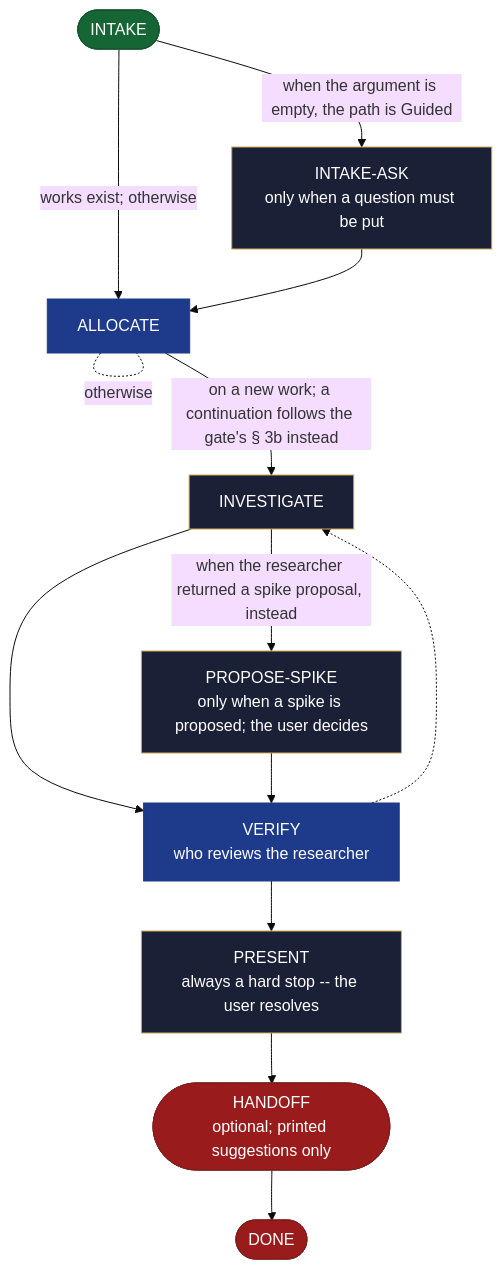
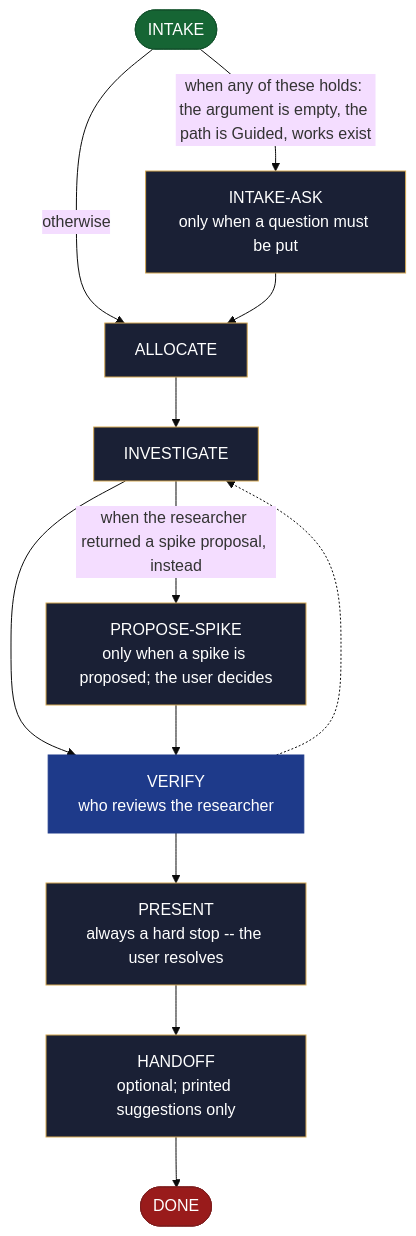
The diagram in site/src/content/docs/skills/aid-research.md (AndreVianna/aid-methodology), drawn with Mermaid (base theme) before and after one commit. The commit also changed other lines of this file and 195 other files, not shown here.

First line of the commit message:
delivery-002 review fix (cycle 1): sub-step pointers are notes, not advance lines; orchestrate under its line cap, question rule cited not restated; residual flow rungs read advance words; site regenerated; ledger rows marked Fixed (D3-11 left open)

````diff
--- a/site/src/content/docs/skills/aid-research.md
+++ b/site/src/content/docs/skills/aid-research.md
@@ -20,48 +20,47 @@
 ```mermaid
 flowchart TB
   classDef aidNode color:#fff
   classDef aidEntry fill:#166534,stroke:#14532d,color:#fff
   classDef aidExit fill:#991b1b,stroke:#7f1d1d,color:#fff
   classDef aidDecision fill:#92400e,stroke:#78350f,color:#fff
   classDef aidLoopBack fill:#1e3a8a,stroke:#1e3a8a,color:#fff
   classDef aidStep fill:#1a2035,stroke:#d4a853,color:#f1f5f9
   n1(["INTAKE"])
   n2["INTAKE-ASK<br/>only when a question must be put"]
   n3["ALLOCATE"]
   n4["INVESTIGATE"]
   n5["PROPOSE-SPIKE<br/>only when a spike is proposed; the user decides"]
   n6["VERIFY<br/>who reviews the researcher"]
   n7["PRESENT<br/>always a hard stop -- the user resolves"]
-  n8(["HANDOFF<br/>optional; printed suggestions only"])
+  n8["HANDOFF<br/>optional; printed suggestions only"]
   n9(["DONE"])
-  n1 -->|"when the argument is empty, the path is Guided"| n2
-  n1 -->|"works exist; otherwise"| n3
+  n1 -->|"when any of these holds: the argument is empty, the path is Guided, works exist"| n2
+  n1 -->|"otherwise"| n3
   n2 --> n3
-  n3 -. "otherwise" .- n3
-  n3 -->|"on a new work; a continuation follows the gate's § 3b instead"| n4
+  n3 --> n4
   n4 -->|"when the researcher returned a spike proposal, instead"| n5
   n4 --> n6
   n5 --> n6
   n6 -.-> n4
   n6 --> n7
   n7 --> n8
   n8 --> n9
   class n1 aidEntry
   class n2 aidStep
-  class n3 aidLoopBack
+  class n3 aidStep
   class n4 aidStep
   class n5 aidStep
   class n6 aidLoopBack
   class n7 aidStep
-  class n8 aidExit
+  class n8 aidStep
   class n9 aidExit
   class n1 aidNode
   class n2 aidNode
   class n3 aidNode
   class n4 aidNode
   class n5 aidNode
   class n6 aidNode
   class n7 aidNode
   class n8 aidNode
   class n9 aidNode
 ```
````
